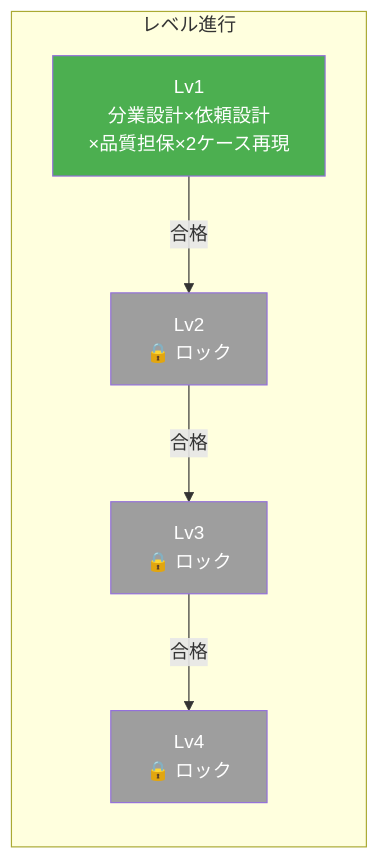
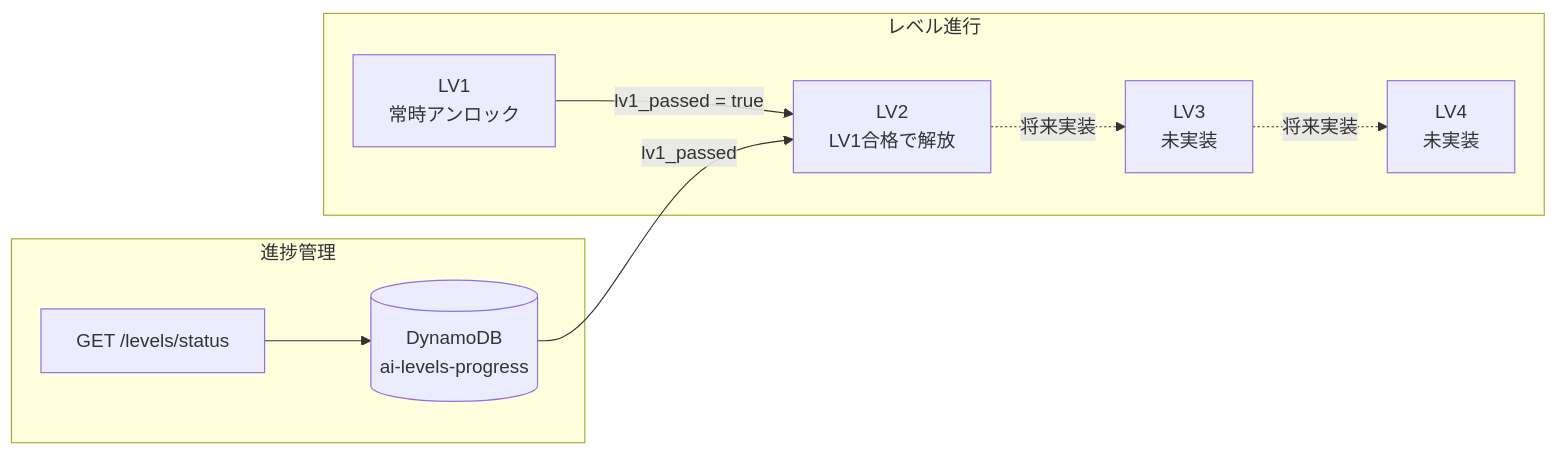
One commit to leadlea/LV1 changed the third of 3 diagrams in README.md. Above: the diagram before and after it, drawn with Mermaid. The commit also changed other lines of this file, not shown here.

Commit message:
docs: README.md完成 - アーキテクチャ図・パイプライン・技術スタック

````diff
--- a/README.md
+++ b/README.md
@@ -87,18 +88,21 @@
 ```mermaid
 graph LR
     subgraph "レベル進行"
-        LV1[Lv1<br/>分業設計×依頼設計<br/>×品質担保×2ケース再現]
-        LV2[Lv2<br/>🔒 ロック]
-        LV3[Lv3<br/>🔒 ロック]
-        LV4[Lv4<br/>🔒 ロック]
+        LV1[LV1<br/>常時アンロック]
+        LV2[LV2<br/>LV1合格で解放]
+        LV3[LV3<br/>未実装]
+        LV4[LV4<br/>未実装]
     end
 
-    LV1 -->|合格| LV2
-    LV2 -->|合格| LV3
-    LV3 -->|合格| LV4
+    LV1 -->|lv1_passed = true| LV2
+    LV2 -.->|将来実装| LV3
+    LV3 -.->|将来実装| LV4
 
-    style LV1 fill:#4CAF50,color:#fff
-    style LV2 fill:#9E9E9E,color:#fff
-    style LV3 fill:#9E9E9E,color:#fff
-    style LV4 fill:#9E9E9E,color:#fff
+    subgraph "進捗管理"
+        GATE[GET /levels/status]
+        PROG[(DynamoDB<br/>ai-levels-progress)]
+    end
+
+    GATE --> PROG
+    PROG -->|lv1_passed| LV2
 ```
````
